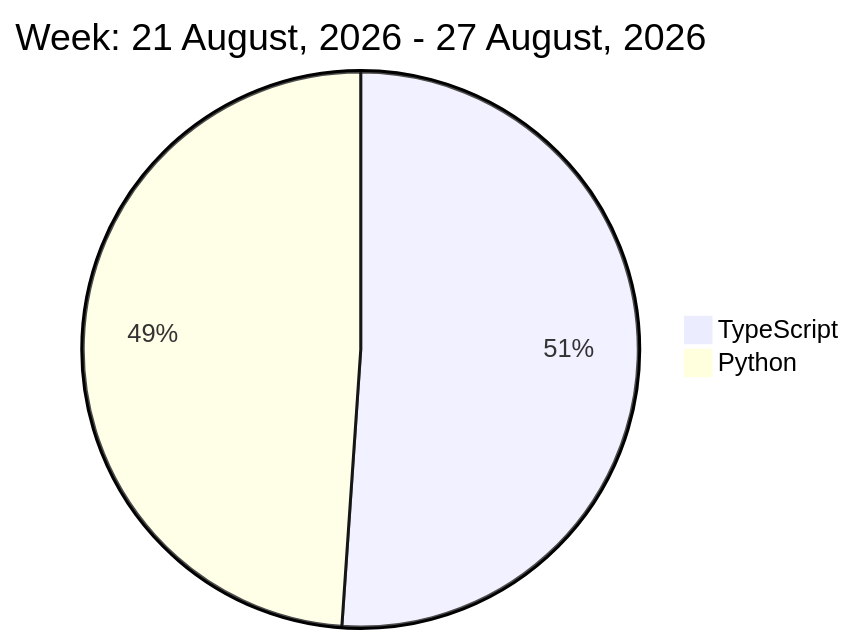
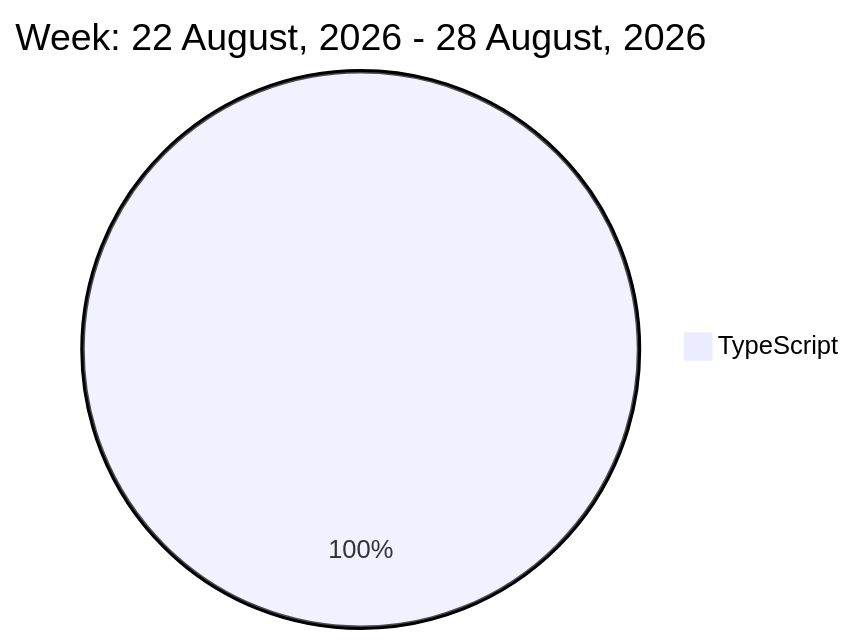
Before and after one commit to liubin95/liubin95: the diagram in README.md, drawn with Mermaid.

Commit message:
Updated the Graph with new Metrics

````diff
--- a/README.md
+++ b/README.md
@@ -32,6 +32,5 @@
 ```mermaid
  pie
-title Week: 21 August, 2026 - 27 August, 2026
- "TypeScript" : 2.12
- "Python" : 2.03
+title Week: 22 August, 2026 - 28 August, 2026
+ "TypeScript" : 2.8
 ```
````
